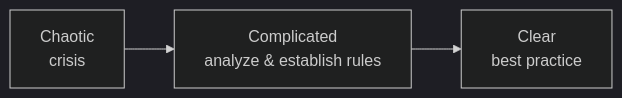
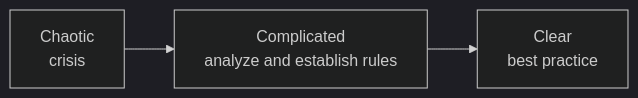
Before and after one commit to ready-to-release/eac: the third of 3 diagrams in docs/explanation/everything-as-code/cynefin-framework.md, drawn with Mermaid (dark theme). The commit also changed 151 other files, not shown here.

````diff
--- a/docs/explanation/everything-as-code/cynefin-framework.md
+++ b/docs/explanation/everything-as-code/cynefin-framework.md
@@ -206,5 +206,5 @@
 ```mermaid
 flowchart LR
-    A[Chaotic<br/>crisis] --> B[Complicated<br/>analyze & establish rules]
+    A[Chaotic<br/>crisis] --> B[Complicated<br/>analyze and establish rules]
     B --> C[Clear<br/>best practice]
 ```
````
